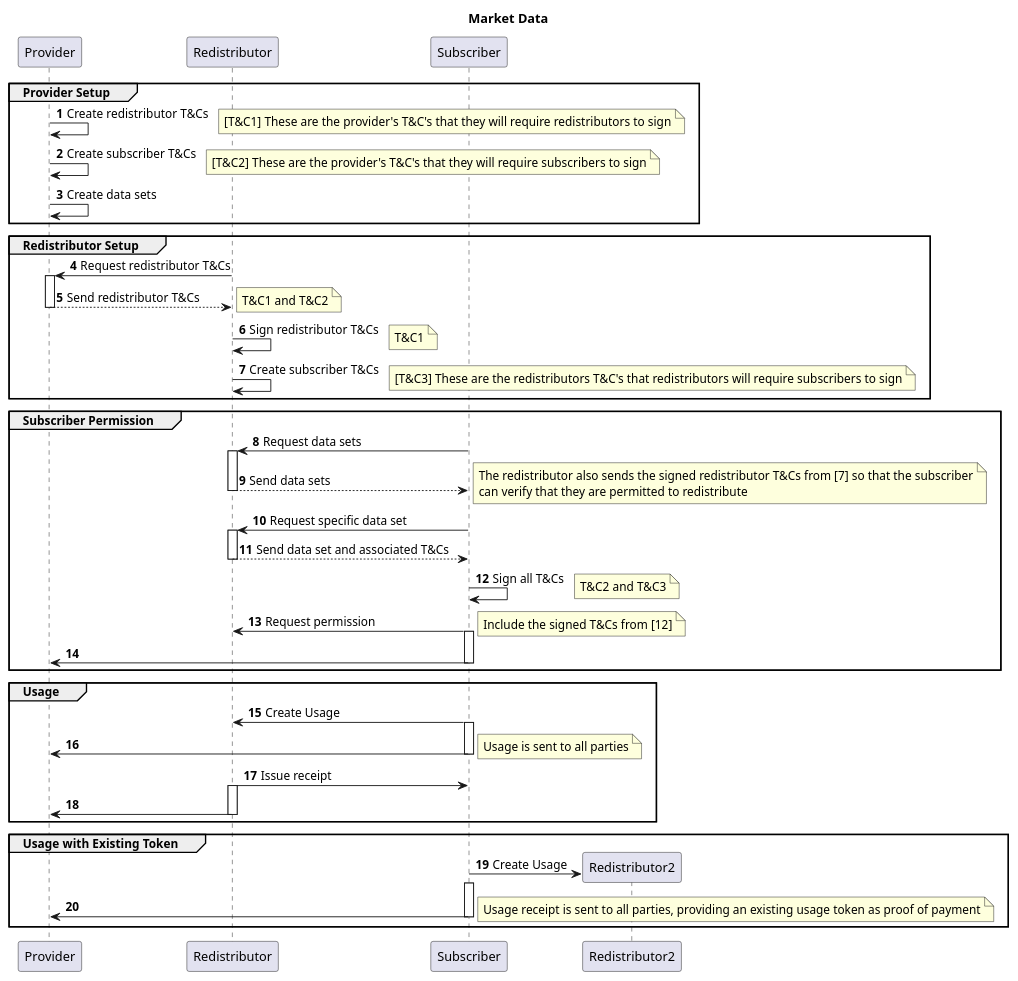
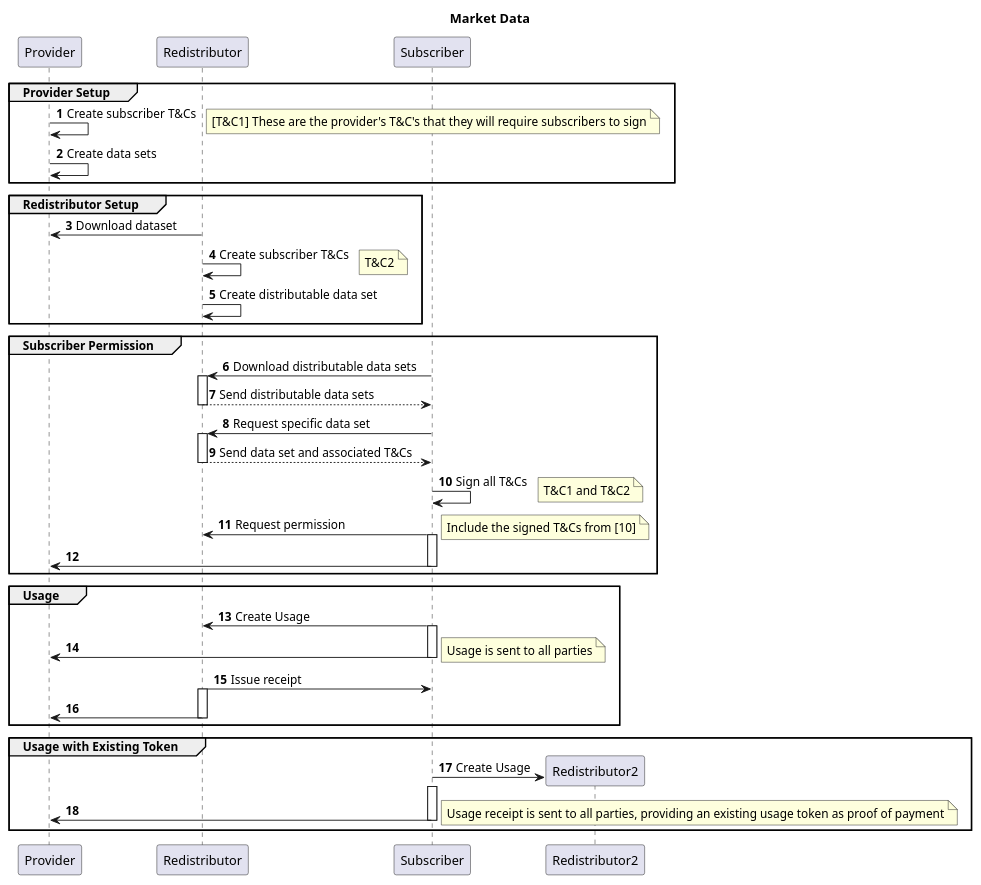
Before and after one commit to cesare-urso-r3/MarketData: the diagram in diagrams/sequence-basic.puml, drawn with PlantUML. The commit also changed 12 other files, not shown here.

```diff
--- a/diagrams/sequence-basic.puml
+++ b/diagrams/sequence-basic.puml
@@ -1,66 +1,58 @@
 @startuml
 autonumber
 title Market Data
 
 group Provider Setup
-Provider -> Provider : Create redistributor T&Cs
-note right: [T&C1] These are the provider's T&C's that they will require redistributors to sign
 Provider -> Provider : Create subscriber T&Cs
-note right: [T&C2] These are the provider's T&C's that they will require subscribers to sign
+note right: [T&C1] These are the provider's T&C's that they will require subscribers to sign
 Provider -> Provider : Create data sets
 end
 
 group Redistributor Setup
-Redistributor -> Provider : Request redistributor T&Cs
-activate Provider
-Provider --> Redistributor : Send redistributor T&Cs
-deactivate Provider
-note right: T&C1 and T&C2
-Redistributor -> Redistributor : Sign redistributor T&Cs
-note right: T&C1
+Redistributor -> Provider : Download dataset
 Redistributor -> Redistributor : Create subscriber T&Cs
-note right: [T&C3] These are the redistributors T&C's that redistributors will require subscribers to sign
+note right: T&C2
+Redistributor -> Redistributor : Create distributable data set
 end
 
 group Subscriber Permission
-Subscriber -> Redistributor : Request data sets
+Subscriber -> Redistributor : Download distributable data sets
 activate Redistributor
-Redistributor --> Subscriber : Send data sets
+Redistributor --> Subscriber : Send distributable data sets
 deactivate Redistributor
-note right: The redistributor also sends the signed redistributor T&Cs from [7] so that the subscriber\ncan verify that they are permitted to redistribute
 Subscriber -> Redistributor : Request specific data set
 activate Redistributor
 Redistributor --> Subscriber : Send data set and associated T&Cs
 deactivate Redistributor
 Subscriber -> Subscriber: Sign all T&Cs
-note right: T&C2 and T&C3
+note right: T&C1 and T&C2
 
 Subscriber -> Redistributor : Request permission
 activate Subscriber
-note right: Include the signed T&Cs from [12]
+note right: Include the signed T&Cs from [10]
 Subscriber -> Provider
 deactivate Subscriber
 end
 
 group Usage
 Subscriber -> Redistributor : Create Usage
 activate Subscriber
 Subscriber -> Provider
 deactivate Subscriber
 note right: Usage is sent to all parties
 
 Redistributor -> Subscriber : Issue receipt
 activate Redistributor
 Redistributor -> Provider
 deactivate Redistributor
 end
 
 group Usage with Existing Token
 Subscriber -> Redistributor2 ** : Create Usage
 activate Subscriber
 Subscriber -> Provider
 deactivate Subscriber
 note right: Usage receipt is sent to all parties, providing an existing usage token as proof of payment
 end
 
 @enduml
```
